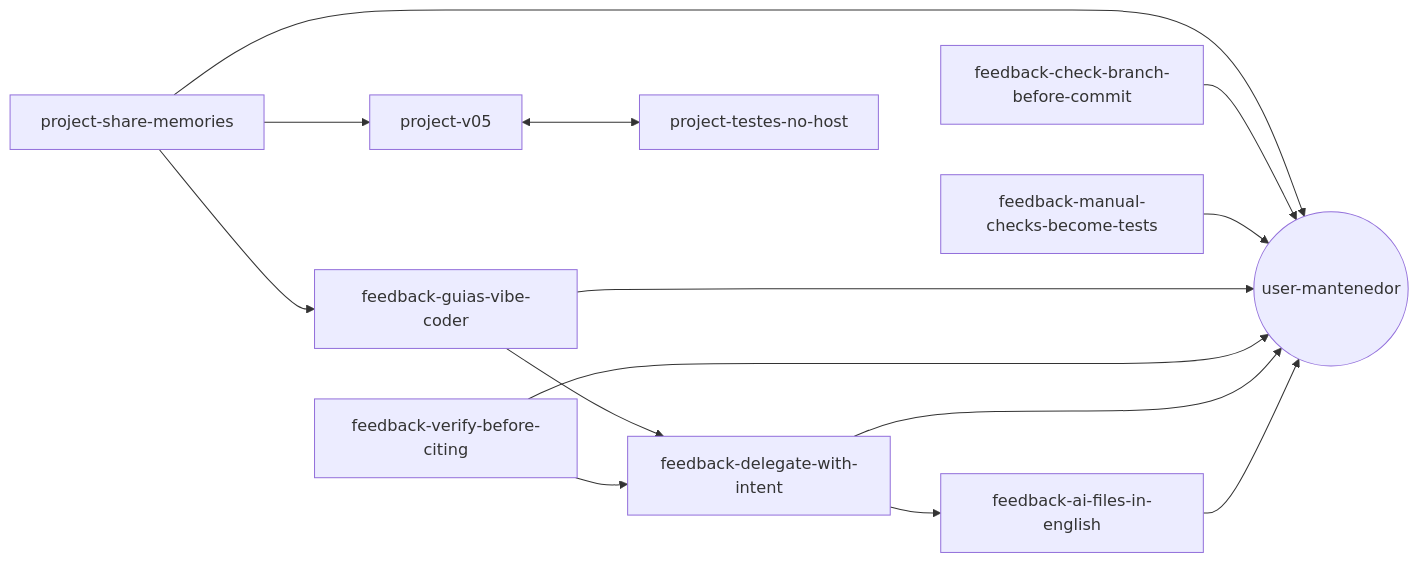
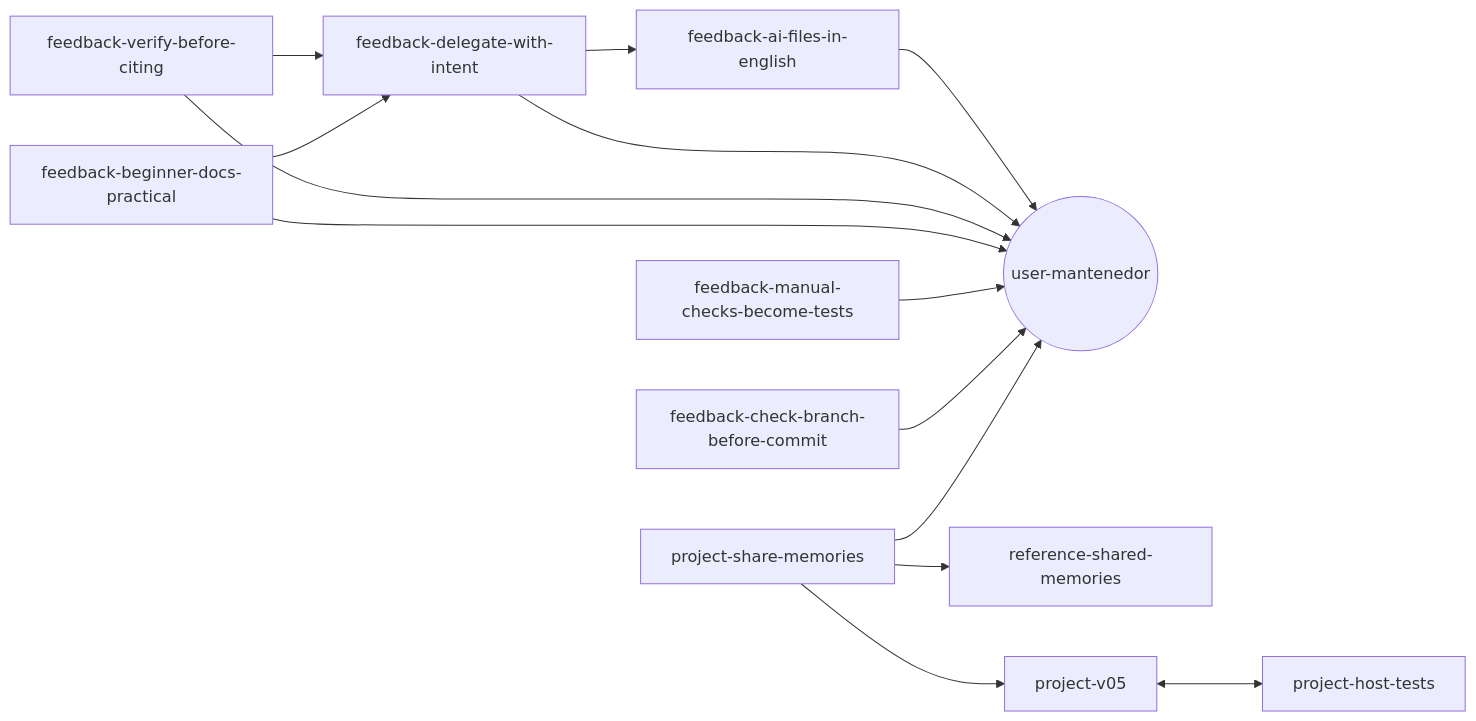
One commit to ost-devs/dev-sandbox changed the diagram in docs/claude-code/memorias-como-sinapses.md. Above: the diagram before and after it, drawn with Mermaid. The commit also changed other lines of this file and 1 other file, not shown here.

````diff
--- a/docs/claude-code/memorias-como-sinapses.md
+++ b/docs/claude-code/memorias-como-sinapses.md
@@ -44,16 +44,16 @@
 ```mermaid
 graph LR
   ia[feedback-ai-files-in-english] --> mantenedor((user-mantenedor))
   delegar[feedback-delegate-with-intent] --> mantenedor
   delegar --> ia
   verificar[feedback-verify-before-citing] --> mantenedor
   verificar --> delegar
-  guias[feedback-guias-vibe-coder] --> mantenedor
+  guias[feedback-beginner-docs-practical] --> mantenedor
   guias --> delegar
   testes[feedback-manual-checks-become-tests] --> mantenedor
   branch[feedback-check-branch-before-commit] --> mantenedor
   share[project-share-memories] --> mantenedor
-  share --> guias
+  share --> ref[reference-shared-memories]
   share --> v05[project-v05]
-  v05 <--> host[project-testes-no-host]
+  v05 <--> host[project-host-tests]
 ```
````
